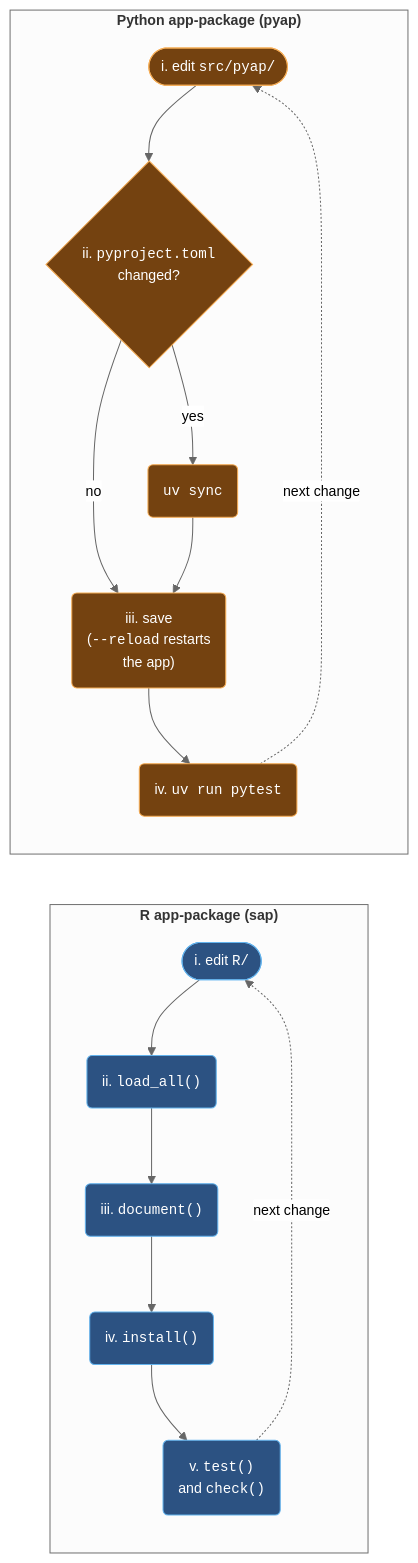
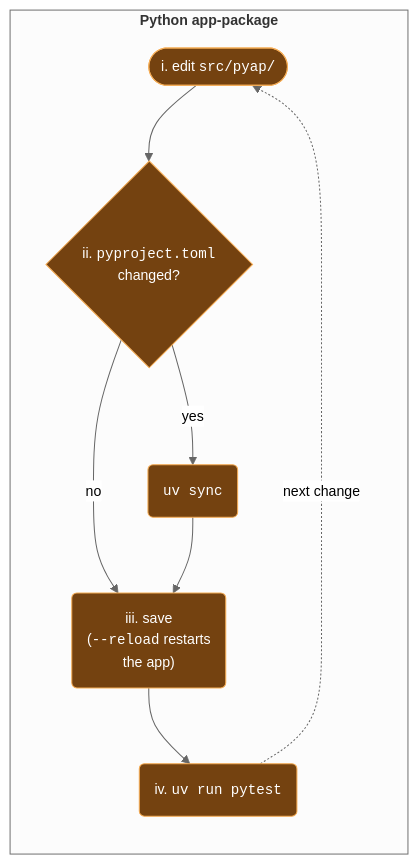
The third of 3 diagrams in development.qmd (mjfrigaard/shiny-py-pkgs), drawn with Mermaid before and after one commit. The commit also changed other lines of this file and 5 other files, not shown here.

````diff
--- a/development.qmd
+++ b/development.qmd
@@ -513,35 +568,24 @@
 ```{mermaid}
-%%| fig-cap: 'One pass through the R and Python development loops'
+%%| fig-cap: 'One pass through the Python development loop'
 %%| fig-align: center
 %%{init: {'theme': 'neutral', 'themeVariables': { 'fontFamily': 'monospace', "fontSize":"14px"}}}%%
 
 flowchart LR
-    subgraph RLoop["<strong>R app-package (sap)</strong>"]
-        REdit(["i. edit <code>R/</code>"])
-        RLoad("ii. <code>load_all()</code>")
-        RDoc("iii. <code>document()</code>")
-        RInst("iv. <code>install()</code>")
-        RTest("v. <code>test()</code><br/>and <code>check()</code>")
-        REdit --> RLoad --> RDoc --> RInst --> RTest
-        RTest -.->|"next change"| REdit
-    end
 
-    subgraph PyLoop["<strong>Python app-package (pyap)</strong>"]
+    subgraph PyLoop["<strong>Python app-package</strong>"]
         PEdit(["i. edit <code>src/pyap/</code>"])
         PMeta{"ii. <code>pyproject.toml</code><br/>changed?"}
         PSync("<code>uv sync</code>")
         PSave("iii. save<br/>(<code>--reload</code> restarts<br/>the app)")
         PTest("iv. <code>uv run pytest</code>")
         PEdit --> PMeta
         PMeta -->|"no"| PSave
         PMeta -->|"yes"| PSync --> PSave
         PSave --> PTest
         PTest -.->|"next change"| PEdit
     end
 
-    classDef rStyle fill:#2c5282,stroke:#63b3ed,color:#fff
     classDef pyStyle fill:#744210,stroke:#f6ad55,color:#fff
+    class PEdit,PMeta,PSync,PSave,PTest pyStyle
 
-    class REdit,RLoad,RDoc,RInst,RTest rStyle
-    class PEdit,PMeta,PSync,PSave,PTest pyStyle
 ```
````
